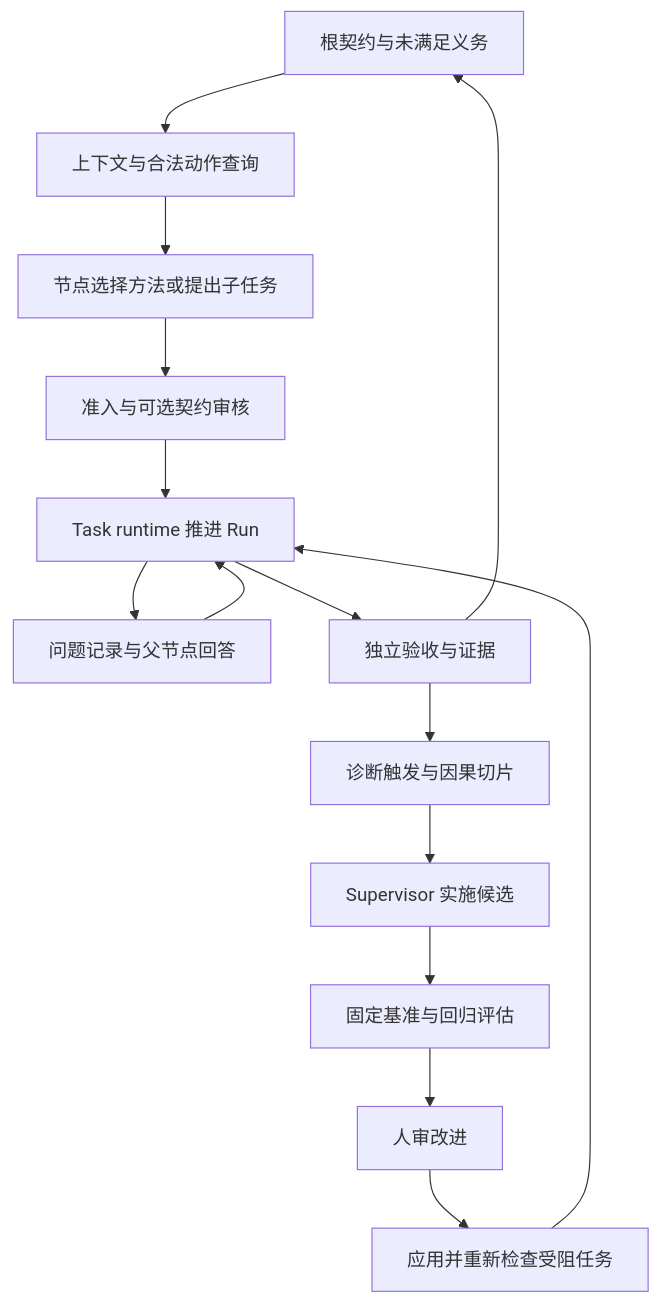
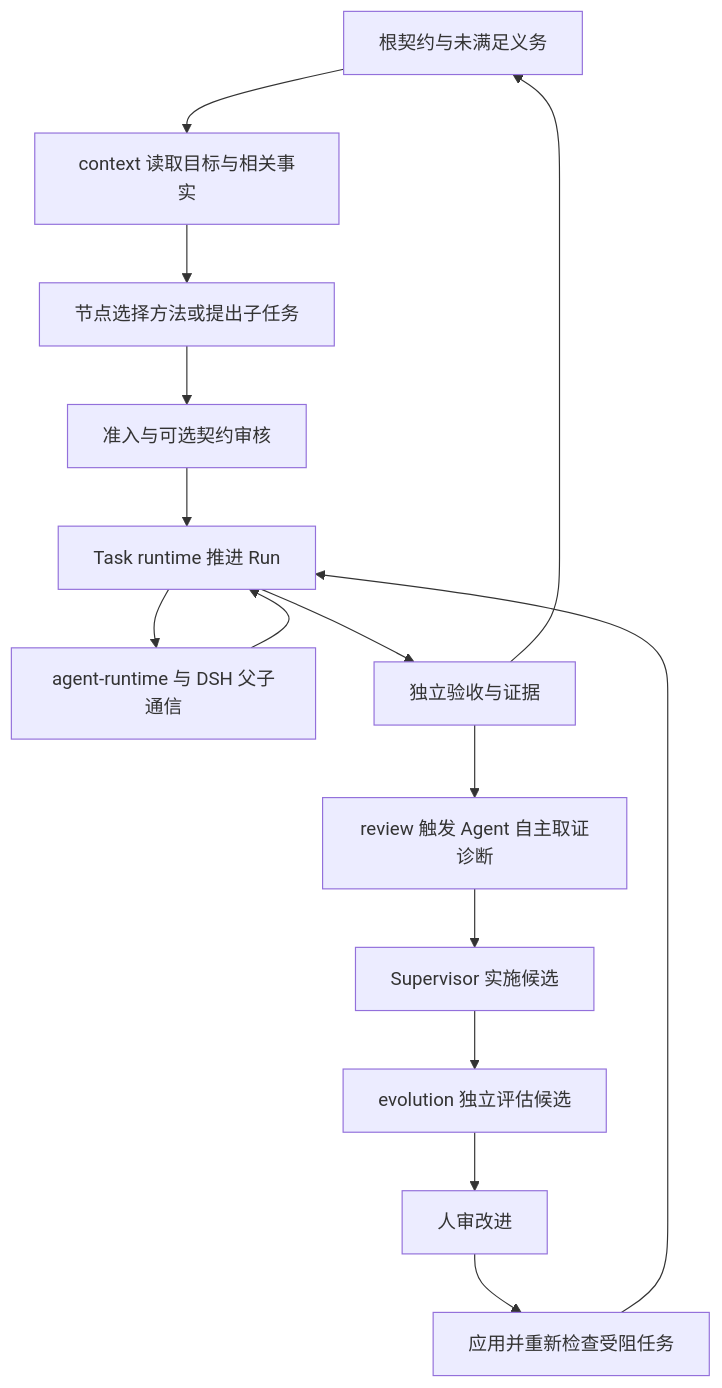
One commit to mctang985211-coder/singularity changed the diagram in docs/exploration-evolution-architecture.md. Above: the diagram before and after it, drawn with Mermaid. The commit also changed other lines of this file and 8 other files, not shown here.

Commit message:
docs: define context ownership and align evolution construction plans

````diff
--- a/docs/exploration-evolution-architecture.md
+++ b/docs/exploration-evolution-architecture.md
@@ -48,17 +48,17 @@
 ```mermaid
 flowchart TD
-  G[根契约与未满足义务] --> C[上下文与合法动作查询]
+  G[根契约与未满足义务] --> C[context 读取目标与相关事实]
   C --> N[节点选择方法或提出子任务]
   N --> A[准入与可选契约审核]
   A --> R[Task runtime 推进 Run]
-  R --> Q[问题记录与父节点回答]
+  R --> Q[agent-runtime 与 DSH 父子通信]
   Q --> R
   R --> V[独立验收与证据]
   V --> G
-  V --> D[诊断触发与因果切片]
+  V --> D[review 触发 Agent 自主取证诊断]
   D --> S[Supervisor 实施候选]
-  S --> E[固定基准与回归评估]
+  S --> E[evolution 独立评估候选]
   E --> H[人审改进]
   H --> P[应用并重新检查受阻任务]
   P --> R
 ```
````
